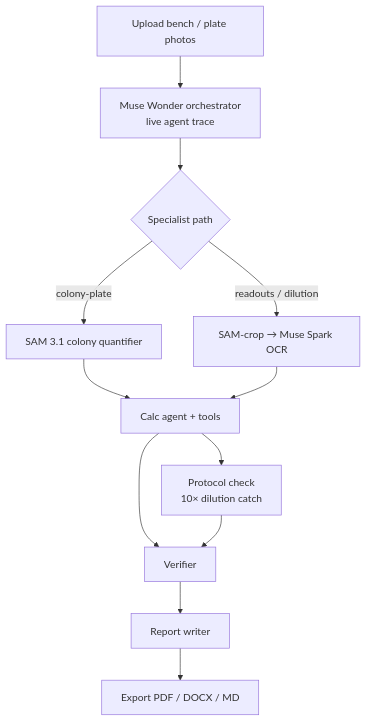
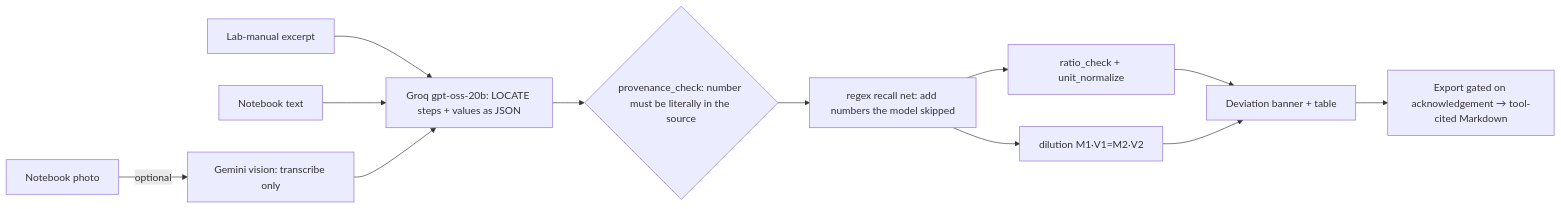
The diagram in README.md (LuxologyGG/benchmate), drawn with Mermaid before and after one commit. The commit also changed other lines of this file and 21 other files, not shown here.

Commit message:
docs: Course Lab README, DEVPOST draft, DEMO_SCRIPT, changelog, eval write-up + fresh eval run; BYO Gemini key on static site

````diff
--- a/README.md
+++ b/README.md
@@ -24,14 +21,14 @@
 ```mermaid
-flowchart TD
-  A[Upload bench / plate photos] --> W[Muse Wonder orchestrator<br/>live agent trace]
-  W --> B{Specialist path}
-  B -->|colony-plate| Q[SAM 3.1 colony quantifier]
-  B -->|readouts / dilution| R[SAM-crop → Muse Spark OCR]
-  Q --> C[Calc agent + tools]
-  R --> C
-  C --> P[Protocol check<br/>10× dilution catch]
-  C --> V[Verifier]
-  P --> V
-  V --> G[Report writer]
-  G --> H[Export PDF / DOCX / MD]
+flowchart LR
+  M[Lab-manual excerpt] --> X
+  N[Notebook text] --> X
+  P[Notebook photo] -->|optional| G[Gemini vision: transcribe only]
+  G --> X[Groq gpt-oss-20b: LOCATE steps + values as JSON]
+  X --> V{provenance_check: number must be literally in the source}
+  V --> R[regex recall net: add numbers the model skipped]
+  R --> C[ratio_check + unit_normalize]
+  R --> D[dilution M1·V1=M2·V2]
+  C --> B[Deviation banner + table]
+  D --> B
+  B --> E[Export gated on acknowledgement → tool-cited Markdown]
 ```
````
